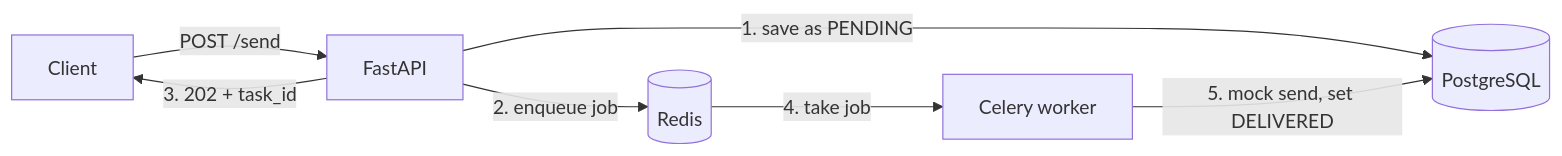
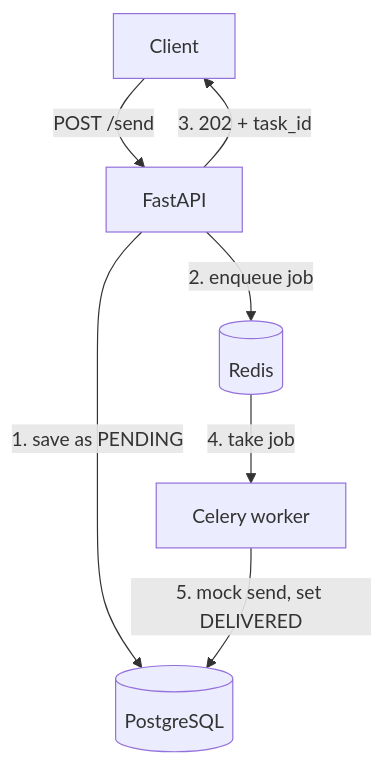
Before and after one commit to nicolinx/fastapi-notification-hub: the diagram in README.md, drawn with Mermaid.

Commit message:
docs: lay out readme diagram top to bottom

````diff
--- a/README.md
+++ b/README.md
@@ -11,9 +11,9 @@
 ```mermaid
-flowchart LR
+flowchart TD
     Client -->|POST /send| API[FastAPI]
     API -->|1. save as PENDING| DB[(PostgreSQL)]
     API -->|2. enqueue job| Redis[(Redis)]
     API -->|3. 202 + task_id| Client
     Redis -->|4. take job| Worker[Celery worker]
     Worker -->|5. mock send, set DELIVERED| DB
 ```
````
